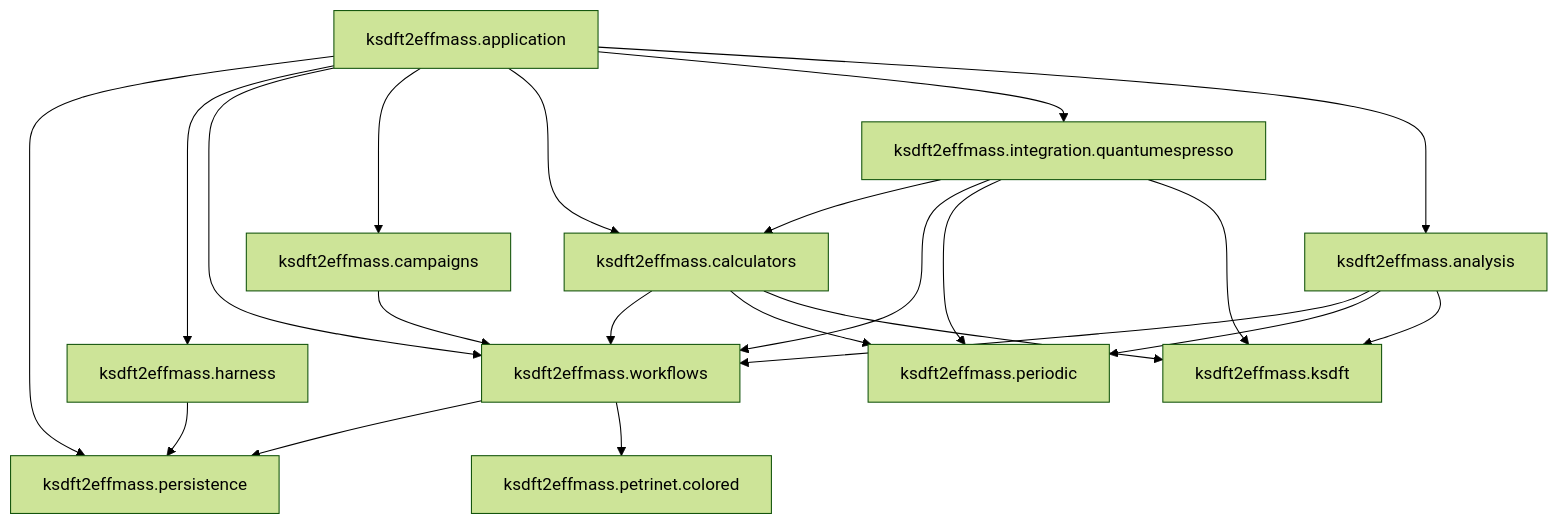
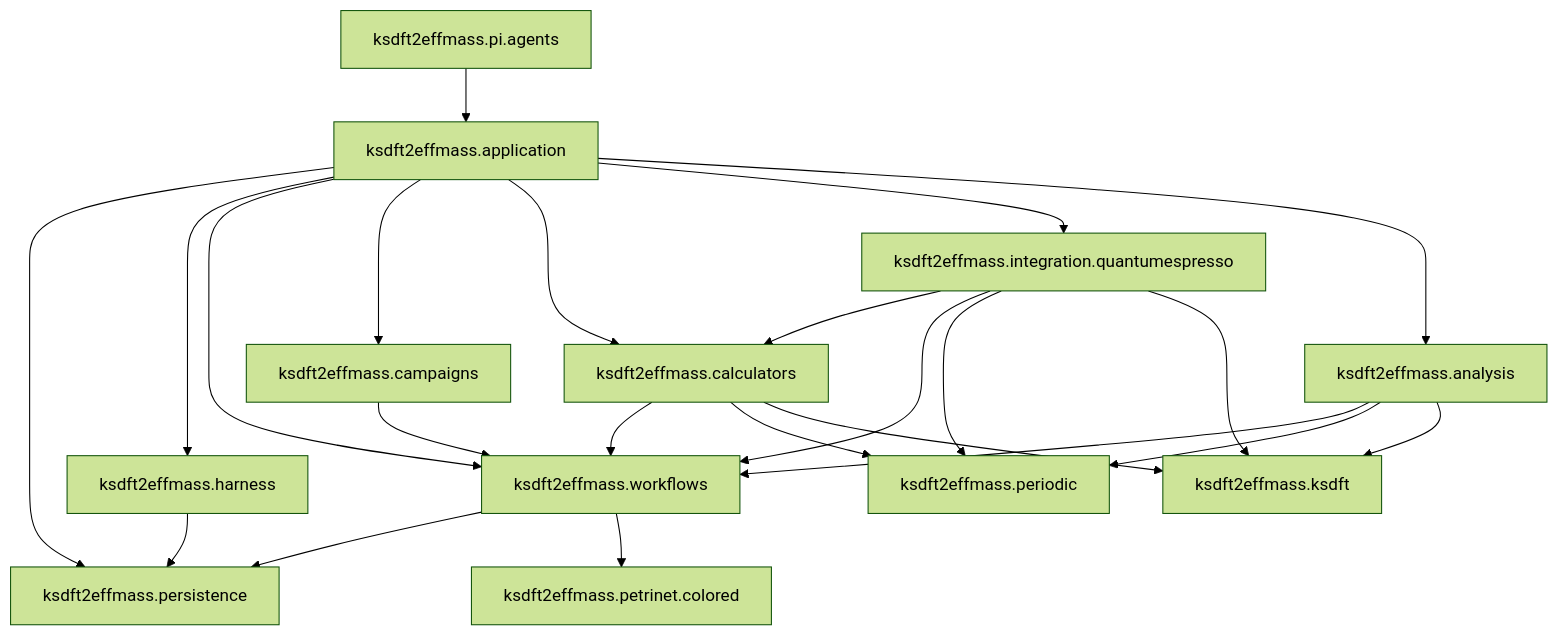
The diagram in docs/architecture/v2/index.md (eragasa/ksdft2effmass), drawn with Mermaid (forest theme) before and after one commit. The commit also changed other lines of this file and 15 other files, not shown here.

Commit message:
docs(architecture): define governed agent system

````diff
--- a/docs/architecture/v2/index.md
+++ b/docs/architecture/v2/index.md
@@ -7,36 +7,38 @@
 ```mermaid
 flowchart TB
     application["ksdft2effmass.application"]
     persistence["ksdft2effmass.persistence"]
     harness["ksdft2effmass.harness"]
     workflows["ksdft2effmass.workflows"]
     petrinet["ksdft2effmass.petrinet.colored"]
     campaigns["ksdft2effmass.campaigns"]
     calculators["ksdft2effmass.calculators"]
     integration["ksdft2effmass.integration.quantumespresso"]
     periodic["ksdft2effmass.periodic"]
     ksdft["ksdft2effmass.ksdft"]
     analysis["ksdft2effmass.analysis"]
+    pi_agents["ksdft2effmass.pi.agents"]
 
+    pi_agents --> application
     application --> persistence
     application --> harness
     application --> workflows
     harness --> persistence
     workflows --> persistence
     application --> campaigns
     application --> calculators
     application --> integration
     application --> analysis
     campaigns --> workflows
     calculators --> workflows
     workflows --> petrinet
     integration --> calculators
     integration --> workflows
     integration --> periodic
     integration --> ksdft
     calculators --> periodic
     calculators --> ksdft
     analysis --> workflows
     analysis --> periodic
     analysis --> ksdft
 ```
````
